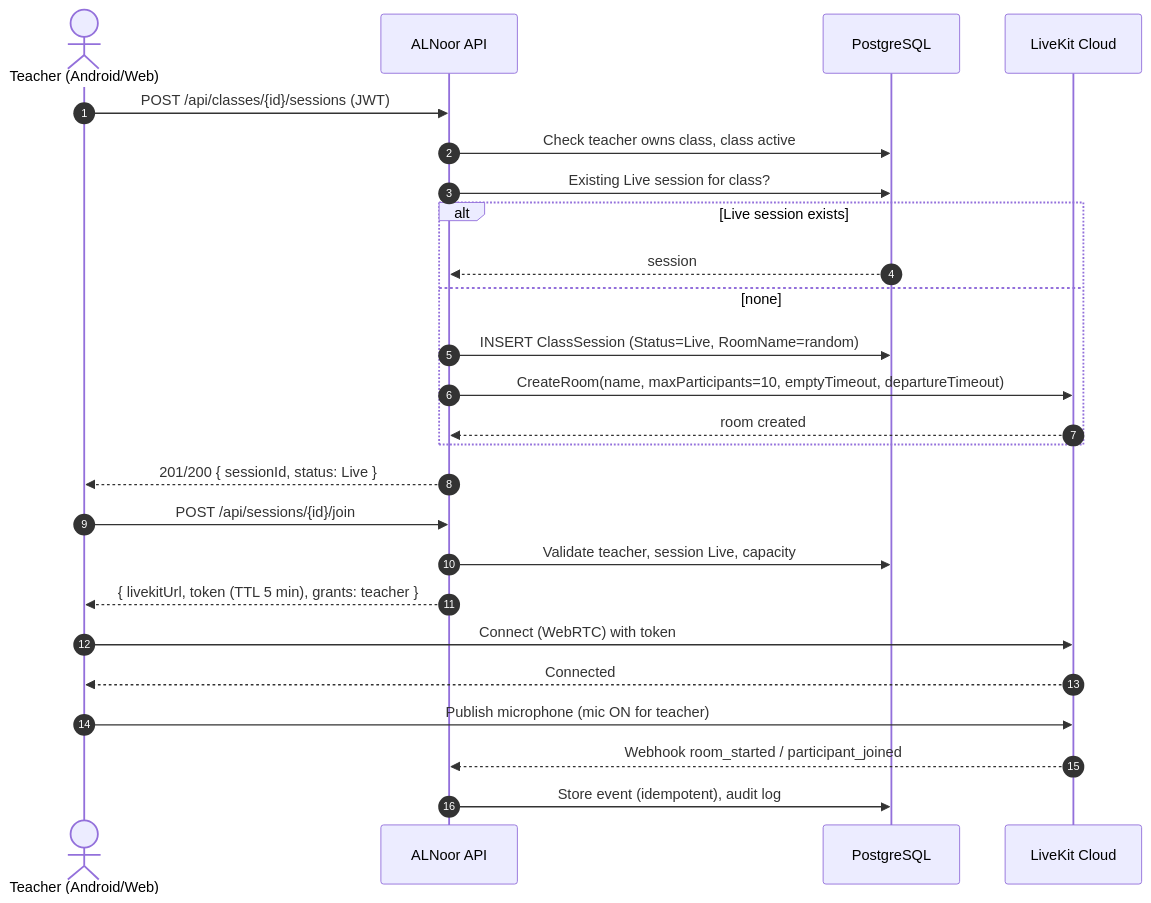
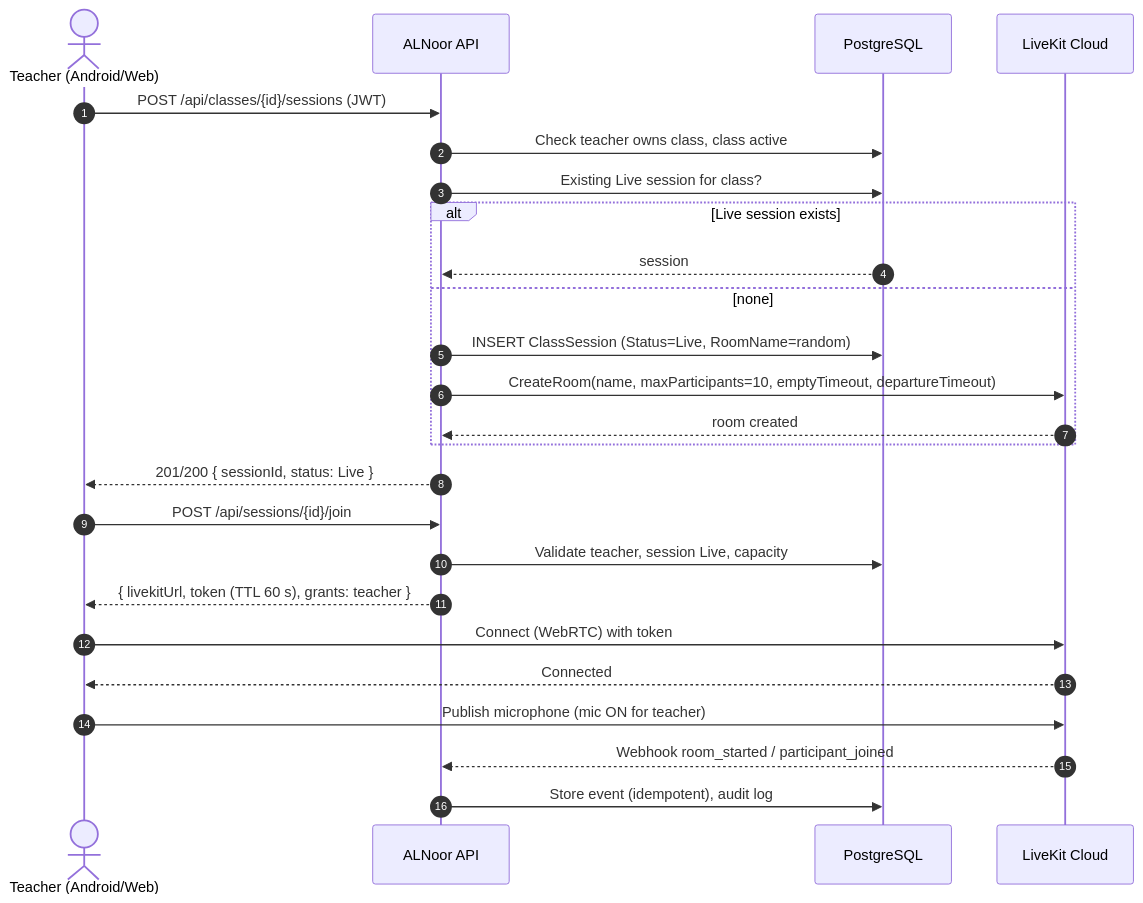
One commit to ABSCoder1981/alnoor changed the first of 7 diagrams in docs/PRD.md. Above: the diagram before and after it, drawn with Mermaid. The commit also changed other lines of this file and 1 other file, not shown here.

Commit message:
PRD 14.3: LiveKit join token lifetime 60 s approved by the owner

````diff
--- a/docs/PRD.md
+++ b/docs/PRD.md
@@ -267,28 +267,28 @@
 ```mermaid
 sequenceDiagram
     autonumber
     actor T as Teacher (Android/Web)
     participant API as ALNoor API
     participant DB as PostgreSQL
     participant LK as LiveKit Cloud
 
     T->>API: POST /api/classes/{id}/sessions (JWT)
     API->>DB: Check teacher owns class, class active
     API->>DB: Existing Live session for class?
     alt Live session exists
         DB-->>API: session
     else none
         API->>DB: INSERT ClassSession (Status=Live, RoomName=random)
         API->>LK: CreateRoom(name, maxParticipants=10, emptyTimeout, departureTimeout)
         LK-->>API: room created
     end
     API-->>T: 201/200 { sessionId, status: Live }
     T->>API: POST /api/sessions/{id}/join
     API->>DB: Validate teacher, session Live, capacity
-    API-->>T: { livekitUrl, token (TTL 5 min), grants: teacher }
+    API-->>T: { livekitUrl, token (TTL 60 s), grants: teacher }
     T->>LK: Connect (WebRTC) with token
     LK-->>T: Connected
     T->>LK: Publish microphone (mic ON for teacher)
     LK-->>API: Webhook room_started / participant_joined
     API->>DB: Store event (idempotent), audit log
 ```
````
